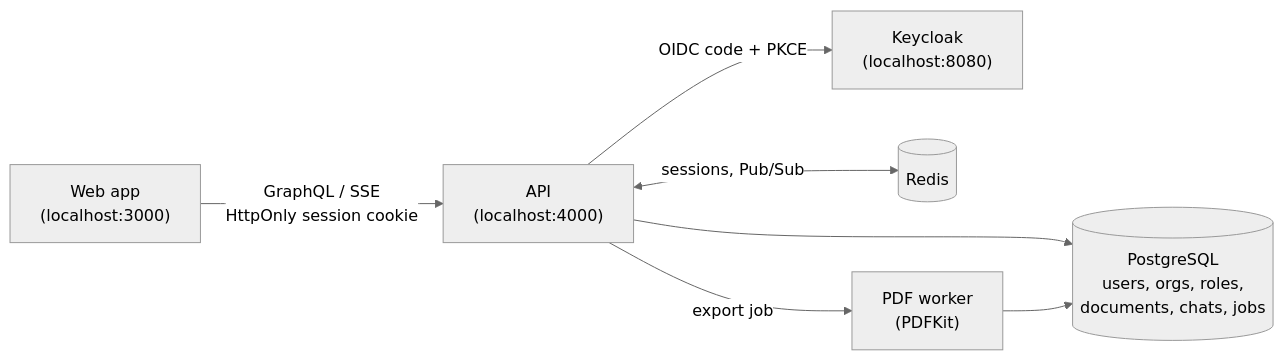
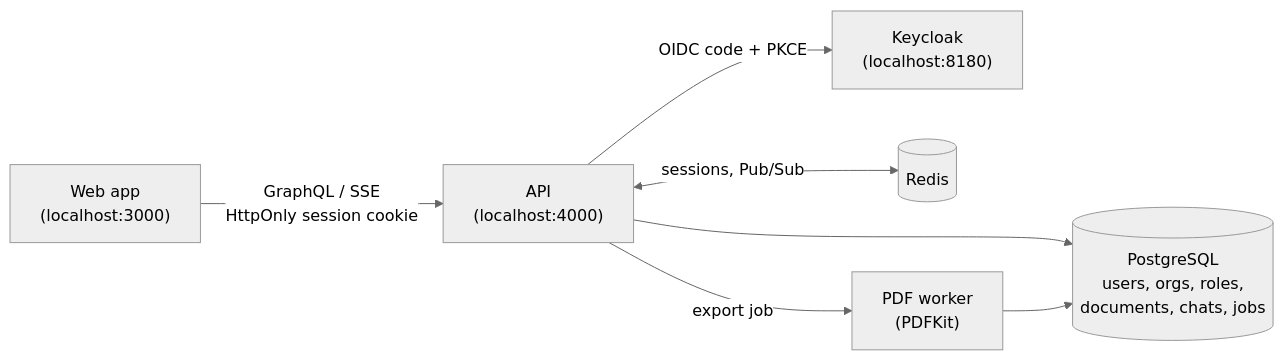
One commit to mrajaeim/lexbridge-ai changed the diagram in README.md. Above: the diagram before and after it, drawn with Mermaid (neutral theme). The commit also changed other lines of this file and 8 other files, not shown here.

````diff
--- a/README.md
+++ b/README.md
@@ -45,9 +45,9 @@
 ```mermaid
 flowchart LR
     Browser["Web app<br/>(localhost:3000)"] -->|"GraphQL / SSE<br/>HttpOnly session cookie"| API["API<br/>(localhost:4000)"]
-    API -->|"OIDC code + PKCE"| KC["Keycloak<br/>(localhost:8080)"]
+    API -->|"OIDC code + PKCE"| KC["Keycloak<br/>(localhost:8180)"]
     API --> PG[("PostgreSQL<br/>users, orgs, roles,<br/>documents, chats, jobs")]
     API <-->|"sessions, Pub/Sub"| Redis[("Redis")]
     Worker["PDF worker<br/>(PDFKit)"] --> PG
     API -->|"export job"| Worker
 ```
````
